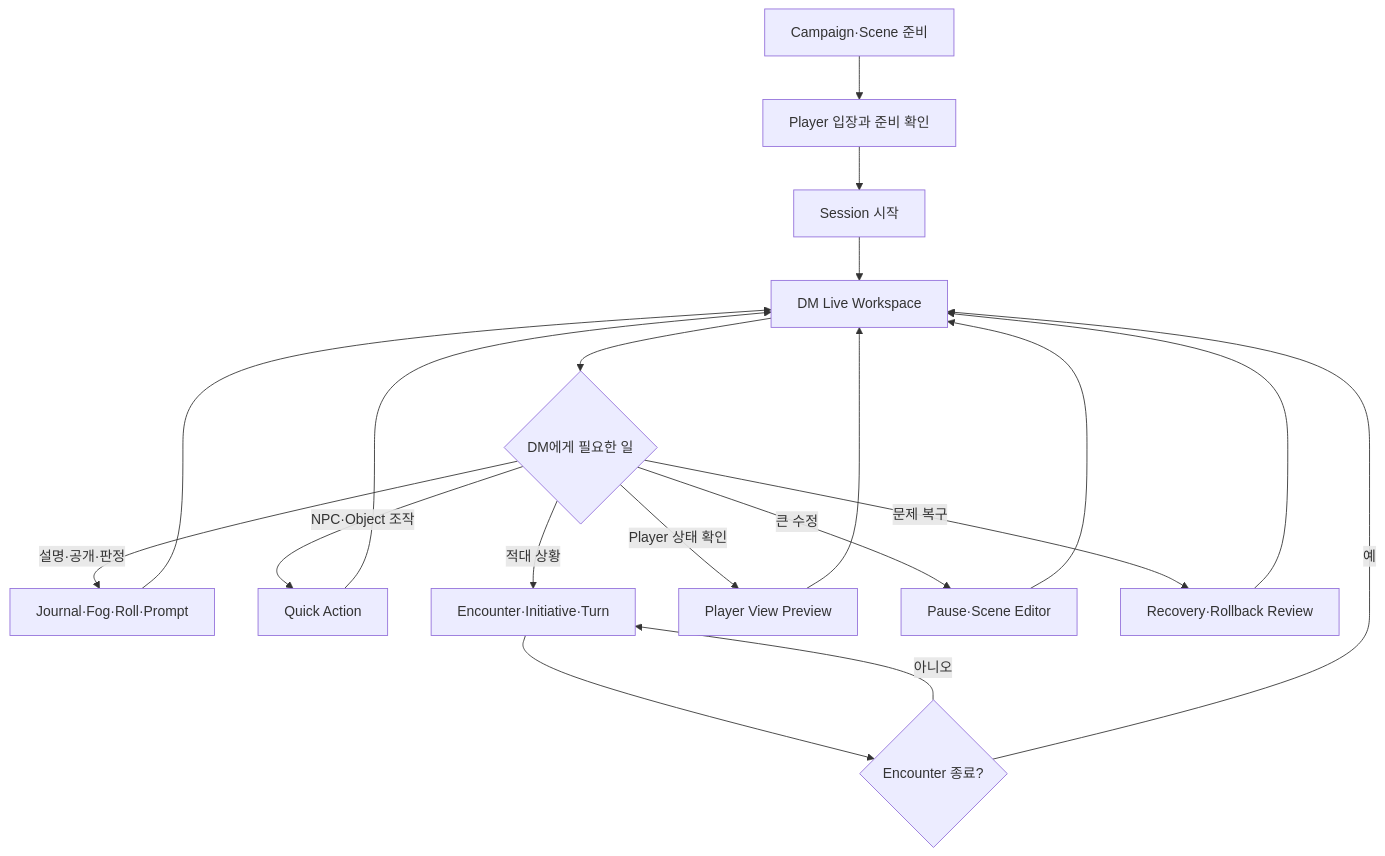
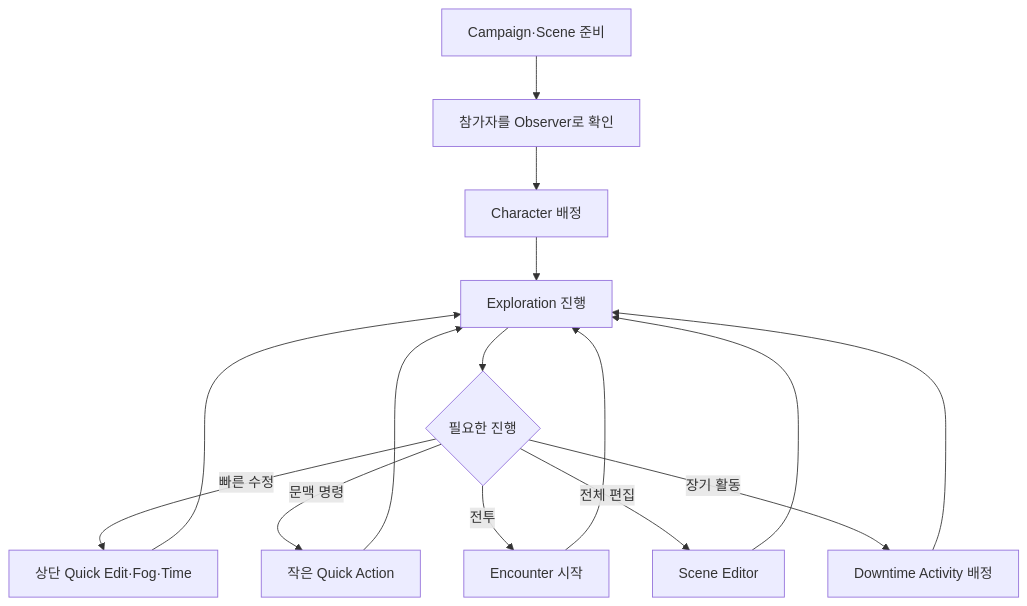
One commit to Kaetaeru/RVTT changed the second of 2 diagrams in docs/remake/user-guides/QUICK-FLOW.md. Above: the diagram before and after it, drawn with Mermaid. The commit also changed other lines of this file, not shown here.

Commit message:
docs: update quick flow for observer-first assignment

````diff
--- a/docs/remake/user-guides/QUICK-FLOW.md
+++ b/docs/remake/user-guides/QUICK-FLOW.md
@@ -173,21 +82,17 @@
 ```mermaid
 flowchart TD
-    A[Campaign·Scene 준비] --> B[Player 입장과 준비 확인]
-    B --> C[Session 시작]
-    C --> D[DM Live Workspace]
-    D --> E{DM에게 필요한 일}
-    E -->|설명·공개·판정| F[Journal·Fog·Roll·Prompt]
-    E -->|NPC·Object 조작| G[Quick Action]
-    E -->|적대 상황| H[Encounter·Initiative·Turn]
-    E -->|Player 상태 확인| I[Player View Preview]
-    E -->|큰 수정| J[Pause·Scene Editor]
-    E -->|문제 복구| K[Recovery·Rollback Review]
+    A[Campaign·Scene 준비] --> B[참가자를 Observer로 확인]
+    B --> C[Character 배정]
+    C --> D[Exploration 진행]
+    D --> E{필요한 진행}
+    E -->|빠른 수정| F[상단 Quick Edit·Fog·Time]
+    E -->|문맥 명령| G[작은 Quick Action]
+    E -->|전투| H[Encounter 시작]
+    E -->|전체 편집| I[Scene Editor]
+    E -->|장기 활동| J[Downtime Activity 배정]
     F --> D
     G --> D
-    H --> L{Encounter 종료?}
-    L -->|아니오| H
-    L -->|예| D
+    H --> D
     I --> D
     J --> D
-    K --> D
 ```
````
